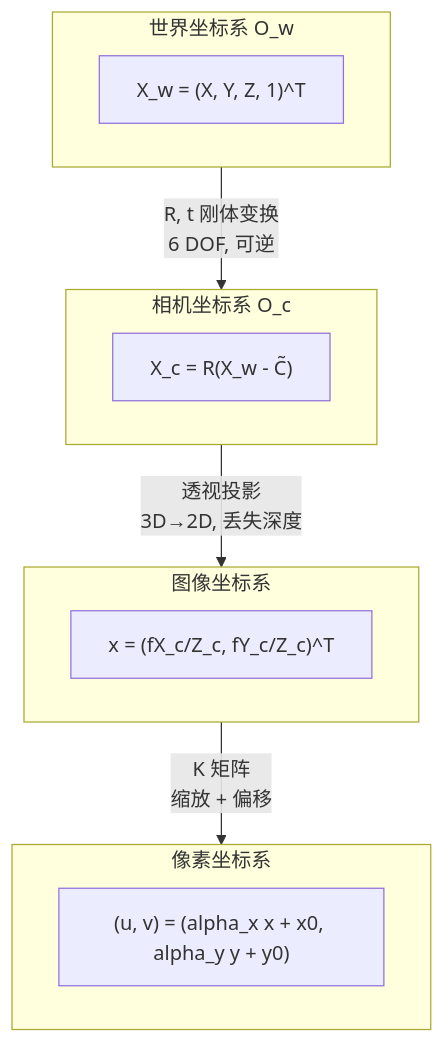
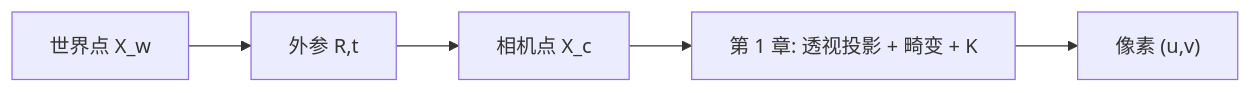
The diagram in src/00_basics/02_coordinates.md (dull-bird/book_3d_cv), drawn with Mermaid before and after one commit. The commit also changed other lines of this file and 34 other files, not shown here.

````diff
--- a/src/00_basics/02_coordinates.md
+++ b/src/00_basics/02_coordinates.md
@@ -125,18 +65,7 @@
 ```mermaid
-flowchart TD
-    subgraph W["世界坐标系 O_w"]
-        Xw["X_w = (X, Y, Z, 1)^T"]
-    end
-    subgraph Cam["相机坐标系 O_c"]
-        Xc["X_c = R(X_w - C̃)"]
-    end
-    subgraph I["图像坐标系"]
-        xi["x = (fX_c/Z_c, fY_c/Z_c)^T"]
-    end
-    subgraph Px["像素坐标系"]
-        uv["(u, v) = (alpha_x x + x0, alpha_y y + y0)"]
-    end
-    W -->|"R, t 刚体变换<br/>6 DOF, 可逆"| Cam
-    Cam -->|"透视投影<br/>3D→2D, 丢失深度"| I
-    I -->|"K 矩阵<br/>缩放 + 偏移"| Px
+flowchart LR
+    A["世界点 X_w"] --> B["外参 R,t"]
+    B --> C["相机点 X_c"]
+    C --> D["第 1 章: 透视投影 + 畸变 + K"]
+    D --> E["像素 (u,v)"]
 ```
````
